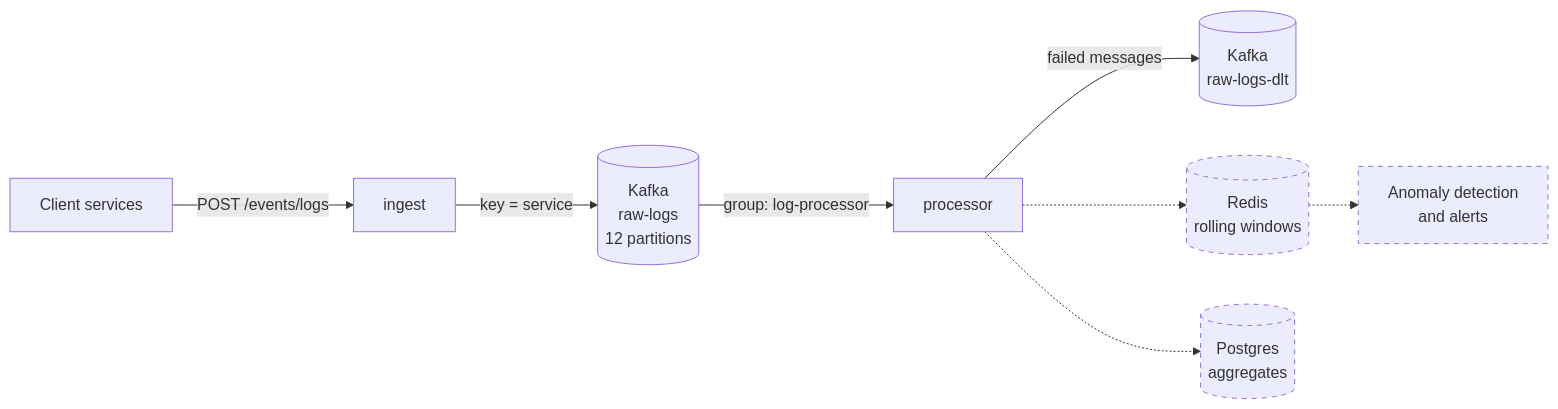
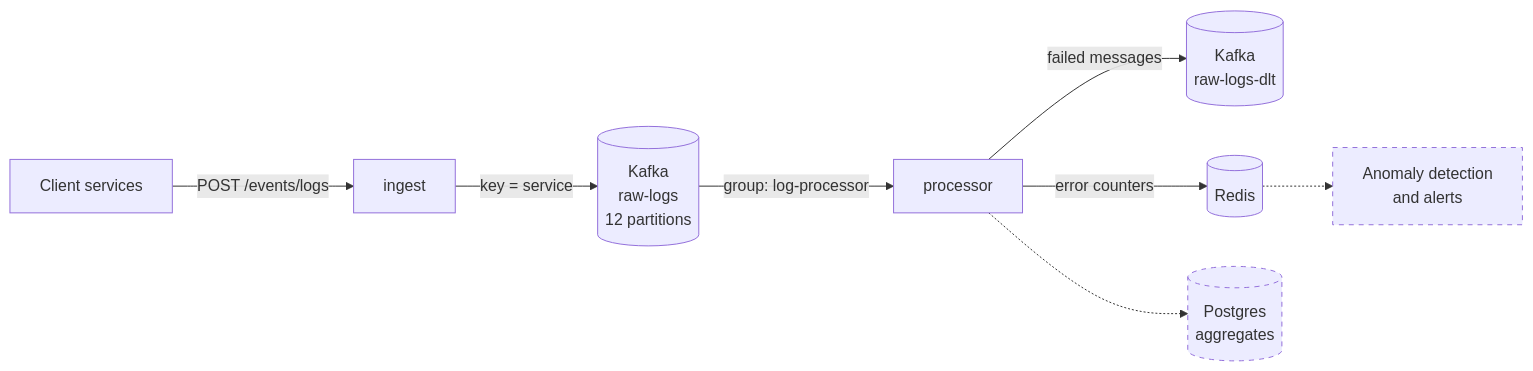
Before and after one commit to ShaharAshe/log-analytics-platform: the diagram in README.md, drawn with Mermaid. The commit also changed other lines of this file, not shown here.

Commit message:
Document Redis error counters and the Redis outage limitation

````diff
--- a/README.md
+++ b/README.md
@@ -24,13 +24,13 @@
 ```mermaid
 flowchart LR
   S[Client services] -->|POST /events/logs| I[ingest]
   I -->|key = service| K[(Kafka<br/>raw-logs<br/>12 partitions)]
   K -->|group: log-processor| P[processor]
   P -->|failed messages| D[(Kafka<br/>raw-logs-dlt)]
-  P -.-> R[(Redis<br/>rolling windows)]
+  P -->|error counters| R[(Redis)]
   P -.-> DB[(Postgres<br/>aggregates)]
   R -.-> A[Anomaly detection<br/>and alerts]
 
   classDef planned stroke-dasharray: 5 5
-  class R,DB,A planned
+  class DB,A planned
 ```
````
